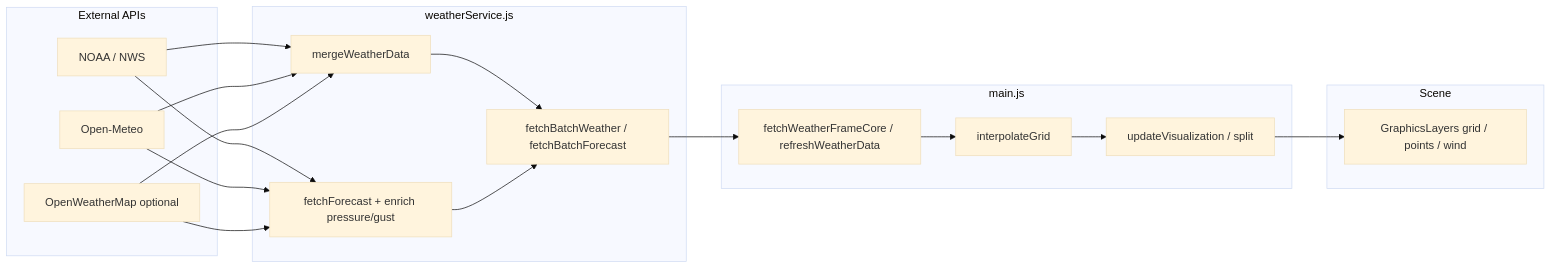
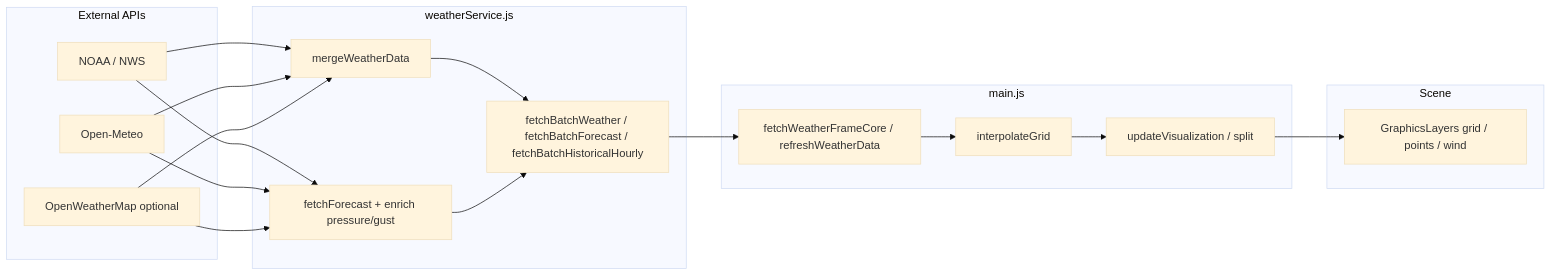
Before and after one commit to iamgopaul/Coral-Gables-3D-Weather-Map: the diagram in docs/ARCHITECTURE.md, drawn with Mermaid (base theme). The commit also changed other lines of this file and 9 other files, not shown here.

````diff
--- a/docs/ARCHITECTURE.md
+++ b/docs/ARCHITECTURE.md
@@ -13,37 +13,37 @@
 ```mermaid
 flowchart LR
     subgraph inputs [External APIs]
         NWS[NOAA / NWS]
         OM[Open-Meteo]
         OWM[OpenWeatherMap optional]
     end
 
     subgraph ws [weatherService.js]
         merge[mergeWeatherData]
         fc[fetchForecast + enrich pressure/gust]
-        batch[fetchBatchWeather / fetchBatchForecast]
+        batch[fetchBatchWeather / fetchBatchForecast / fetchBatchHistoricalHourly]
     end
 
     subgraph core [main.js]
         frame[fetchWeatherFrameCore / refreshWeatherData]
         idw[interpolateGrid]
         viz[updateVisualization / split]
     end
 
     subgraph scene [Scene]
         layers[GraphicsLayers grid / points / wind]
     end
 
     NWS --> merge
     OM --> merge
     OWM --> merge
     NWS --> fc
     OM --> fc
     OWM --> fc
     merge --> batch
     fc --> batch
     batch --> frame
     frame --> idw
     idw --> viz
     viz --> layers
 ```
````
